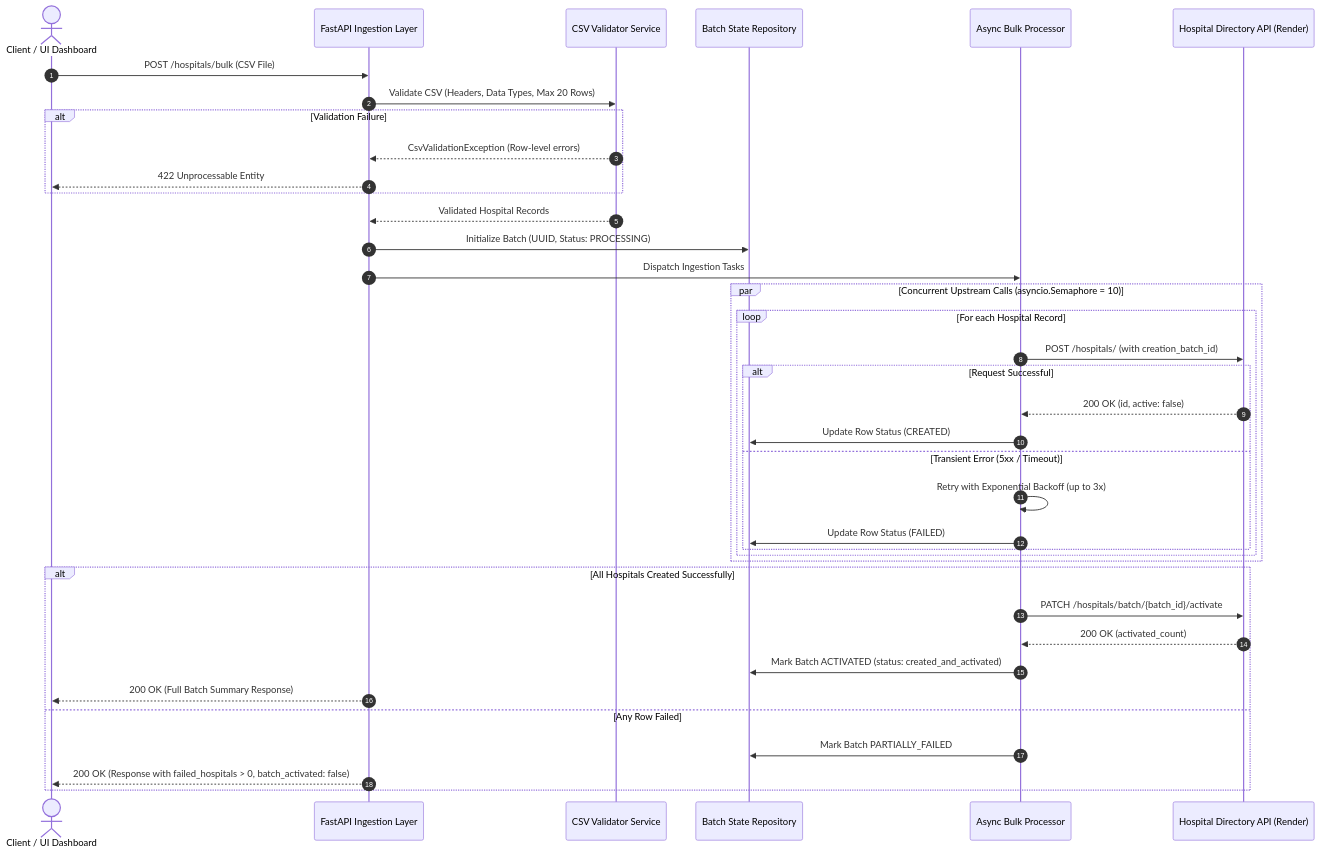
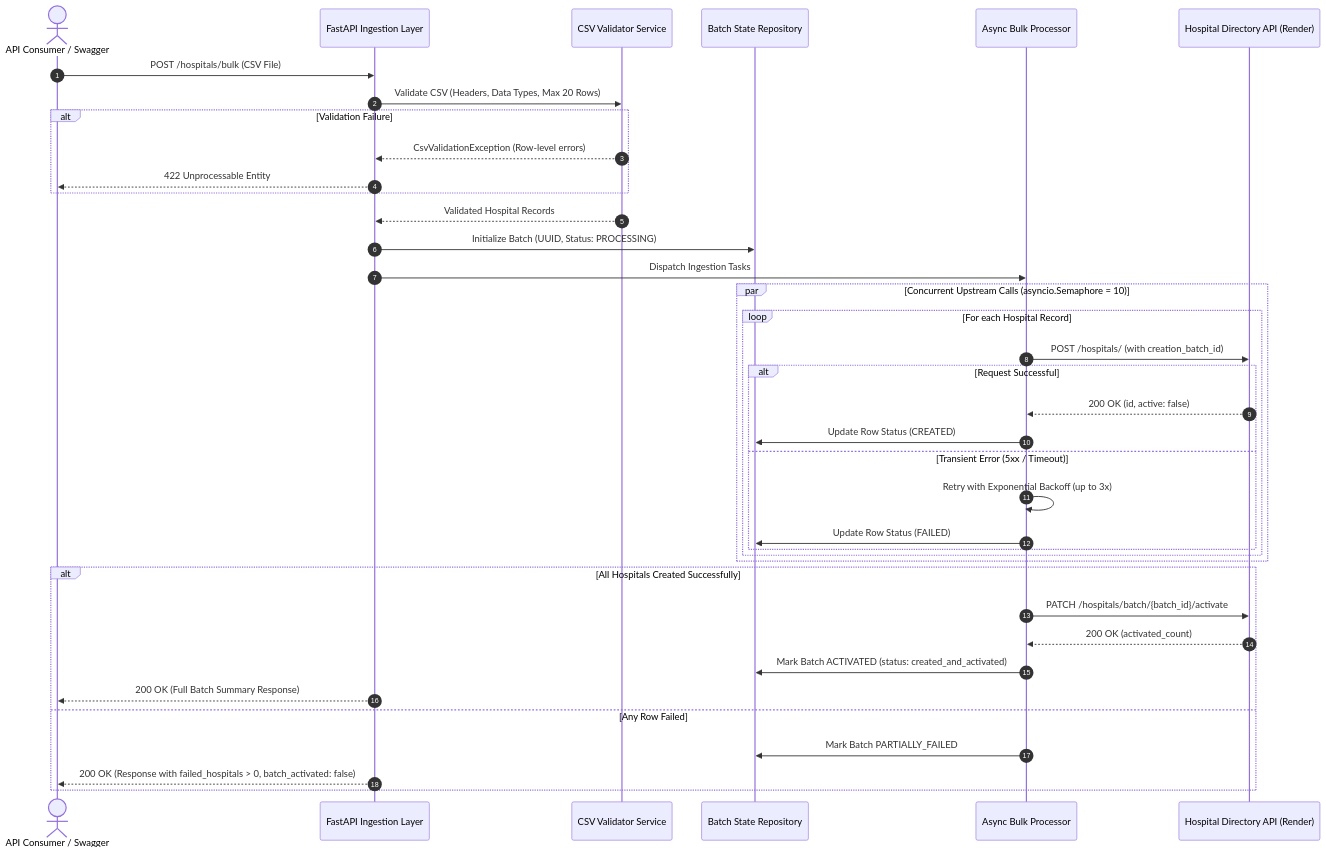
One commit to tusharsainx/hps changed the first of 2 diagrams in README.md. Above: the diagram before and after it, drawn with Mermaid. The commit also changed other lines of this file and 5 other files, not shown here.

````diff
--- a/README.md
+++ b/README.md
@@ -11,43 +11,43 @@
 ```mermaid
 sequenceDiagram
     autonumber
-    actor Client as Client / UI Dashboard
+    actor Client as API Consumer / Swagger
     participant API as FastAPI Ingestion Layer
     participant Val as CSV Validator Service
     participant Store as Batch State Repository
     participant Engine as Async Bulk Processor
     participant Upstream as Hospital Directory API (Render)
 
     Client->>API: POST /hospitals/bulk (CSV File)
     API->>Val: Validate CSV (Headers, Data Types, Max 20 Rows)
     alt Validation Failure
         Val-->>API: CsvValidationException (Row-level errors)
         API-->>Client: 422 Unprocessable Entity
     end
     Val-->>API: Validated Hospital Records
     API->>Store: Initialize Batch (UUID, Status: PROCESSING)
     API->>Engine: Dispatch Ingestion Tasks
 
     par Concurrent Upstream Calls (asyncio.Semaphore = 10)
         loop For each Hospital Record
             Engine->>Upstream: POST /hospitals/ (with creation_batch_id)
             alt Request Successful
                 Upstream-->>Engine: 200 OK (id, active: false)
                 Engine->>Store: Update Row Status (CREATED)
             else Transient Error (5xx / Timeout)
                 Engine->>Engine: Retry with Exponential Backoff (up to 3x)
                 Engine->>Store: Update Row Status (FAILED)
             end
         end
     end
 
     alt All Hospitals Created Successfully
         Engine->>Upstream: PATCH /hospitals/batch/{batch_id}/activate
         Upstream-->>Engine: 200 OK (activated_count)
         Engine->>Store: Mark Batch ACTIVATED (status: created_and_activated)
         API-->>Client: 200 OK (Full Batch Summary Response)
     else Any Row Failed
         Engine->>Store: Mark Batch PARTIALLY_FAILED
         API-->>Client: 200 OK (Response with failed_hospitals > 0, batch_activated: false)
     end
 ```
````
